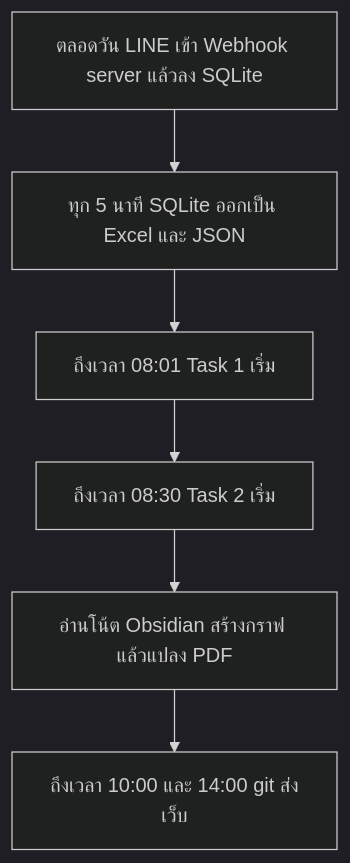
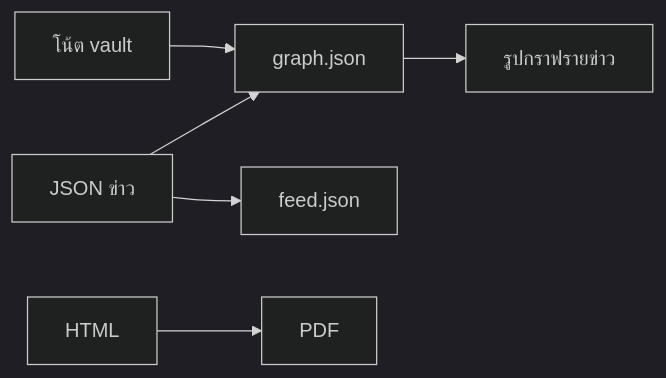
One commit to chiraleo2000/Police-news-intel-kit changed the second of 3 diagrams in README.md. Above: the diagram before and after it, drawn with Mermaid (dark theme). The commit also changed other lines of this file and 1 other file, not shown here.

First line of the commit message:
Explain the three layers and how the graph is assembled.

````diff
--- a/README.md
+++ b/README.md
@@ -53,8 +75,8 @@
 ```mermaid
-flowchart TD
-  A[ตลอดวัน LINE เข้า Webhook server แล้วลง SQLite] --> B[ทุก 5 นาที SQLite ออกเป็น Excel และ JSON]
-  B --> C[ถึงเวลา 08:01 Task 1 เริ่ม]
-  C --> D[ถึงเวลา 08:30 Task 2 เริ่ม]
-  D --> E[อ่านโน้ต Obsidian สร้างกราฟ แล้วแปลง PDF]
-  E --> F[ถึงเวลา 10:00 และ 14:00 git ส่งเว็บ]
+flowchart LR
+  V[โน้ต vault] --> G[graph.json]
+  J[JSON ข่าว] --> G
+  J --> F[feed.json]
+  G --> SVG[รูปกราฟรายข่าว]
+  H[HTML] --> PDF[PDF]
 ```
````
